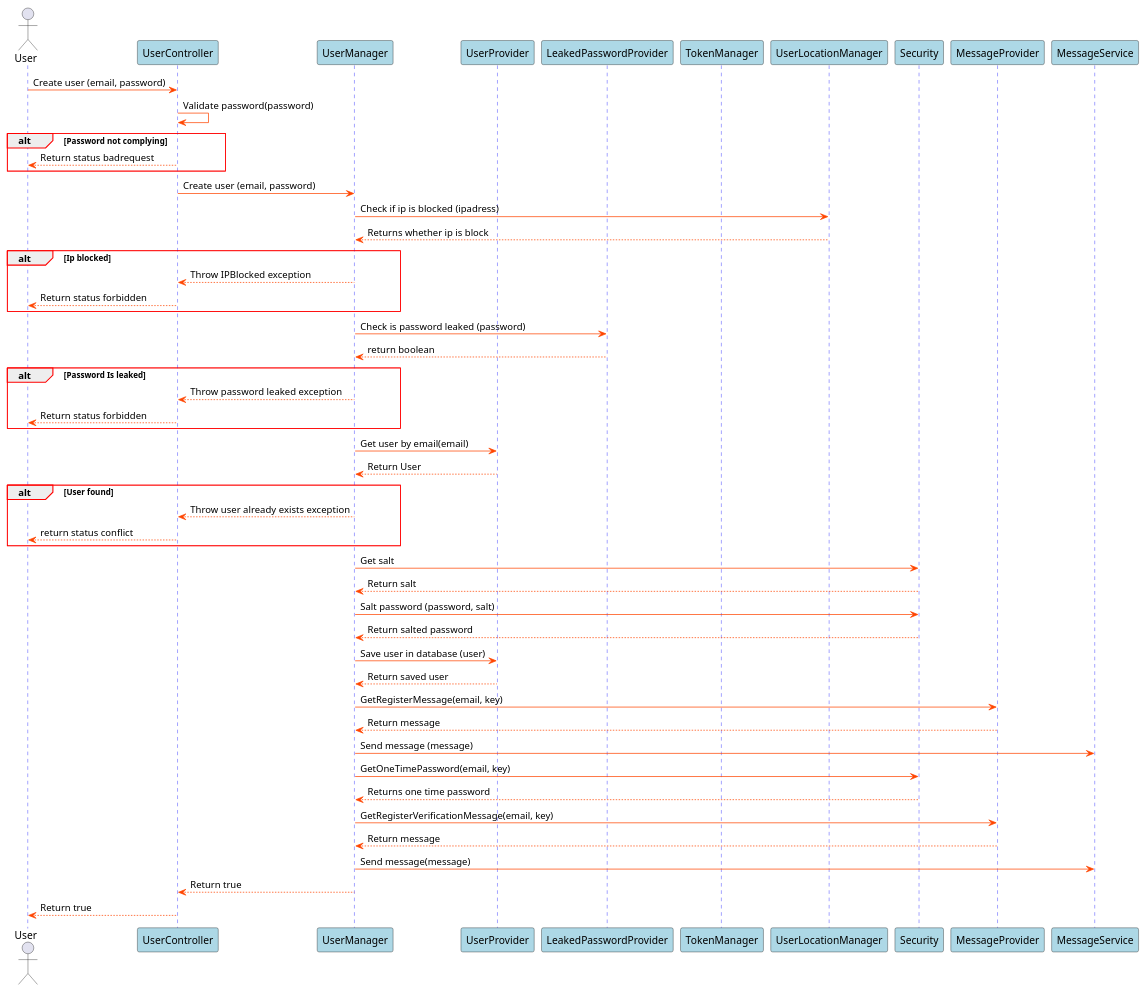
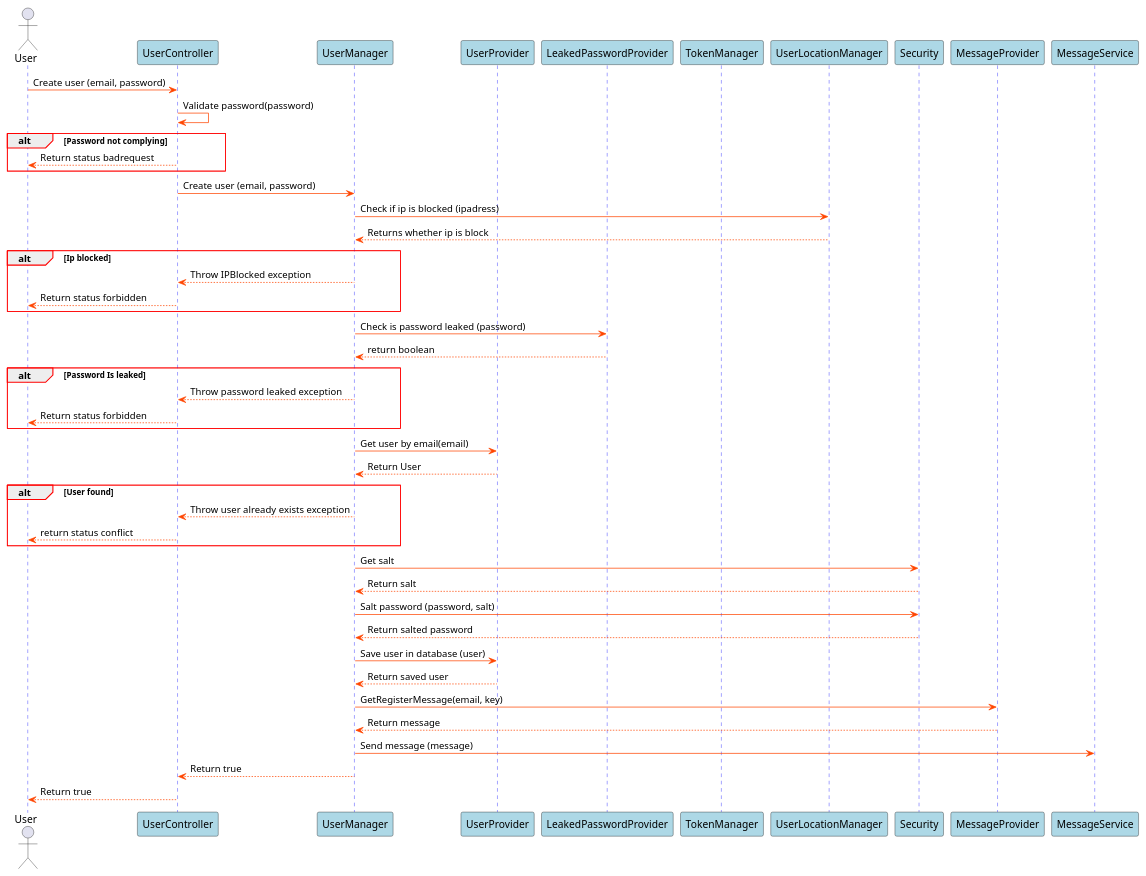
The diagram in Docs/SDDiagrams/CreateUserSD.plantuml (blackout1471/trust-us-school), drawn with PlantUML before and after one commit. The commit also changed 13 other files, not shown here.

Commit message:
Deleted wrong messages, and added verification for secret key instead

```diff
--- a/Docs/SDDiagrams/CreateUserSD.plantuml
+++ b/Docs/SDDiagrams/CreateUserSD.plantuml
@@ -1,86 +1,79 @@
 @startuml Create User SD
 
 skinparam sequence {
     GroupBorderColor red
     GroupBorderThickness 1
 
     ArrowColor orangered
 
     LifeLineBorderColor blue
 
     ParticipantBackgroundColor lightblue
 }
 
 actor User
 participant UserController
 participant UserManager
 participant UserProvider
 participant LeakedPasswordProvider
 participant TokenManager
 participant UserLocationManager
 participant Security
 participant MessageProvider
 participant MessageService
 
 
 
 User->UserController: Create user (email, password)
 UserController->UserController: Validate password(password)
 
 alt Password not complying
 UserController-->User: Return status badrequest
 end
 
 UserController->UserManager: Create user (email, password)
 UserManager->UserLocationManager: Check if ip is blocked (ipadress)
 UserLocationManager-->UserManager: Returns whether ip is block
 
 alt Ip blocked
 UserManager-->UserController: Throw IPBlocked exception
 UserController-->User: Return status forbidden
 end
 
 
 UserManager->LeakedPasswordProvider: Check is password leaked (password)
 LeakedPasswordProvider-->UserManager: return boolean
 
 alt Password Is leaked
 UserManager-->UserController: Throw password leaked exception
 UserController-->User: Return status forbidden
 end
 
 UserManager->UserProvider: Get user by email(email)
 UserProvider-->UserManager: Return User
 
 alt User found
 
 UserManager-->UserController: Throw user already exists exception
 UserController-->User: return status conflict
 
 end
 
 
 UserManager->Security: Get salt
 Security-->UserManager: Return salt
 
 UserManager->Security: Salt password (password, salt)
 Security-->UserManager: Return salted password
 
 UserManager->UserProvider: Save user in database (user)
 UserProvider-->UserManager: Return saved user
 
 UserManager->MessageProvider: GetRegisterMessage(email, key)
 MessageProvider-->UserManager: Return message
 UserManager->MessageService: Send message (message)
 
-UserManager->Security: GetOneTimePassword(email, key)
-Security-->UserManager: Returns one time password
-
-UserManager->MessageProvider: GetRegisterVerificationMessage(email, key)
-MessageProvider-->UserManager: Return message
-UserManager->MessageService: Send message(message)
-
 UserManager-->UserController: Return true
 UserController-->User: Return true
 
 @enduml
```
